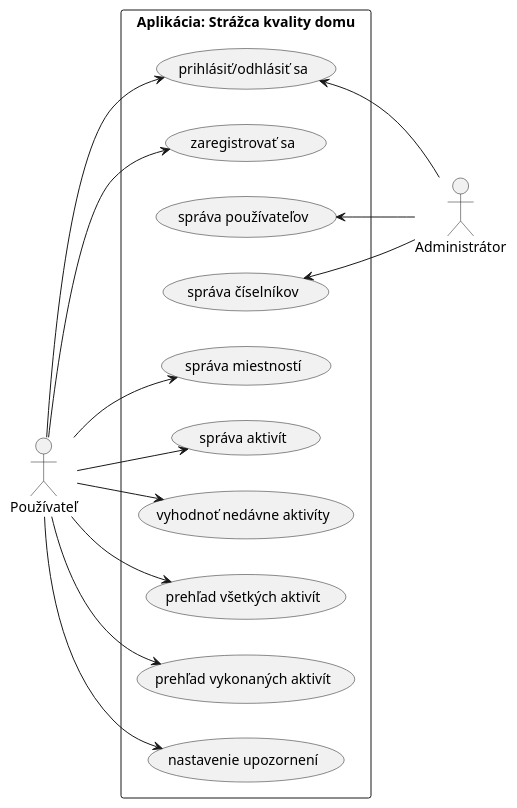
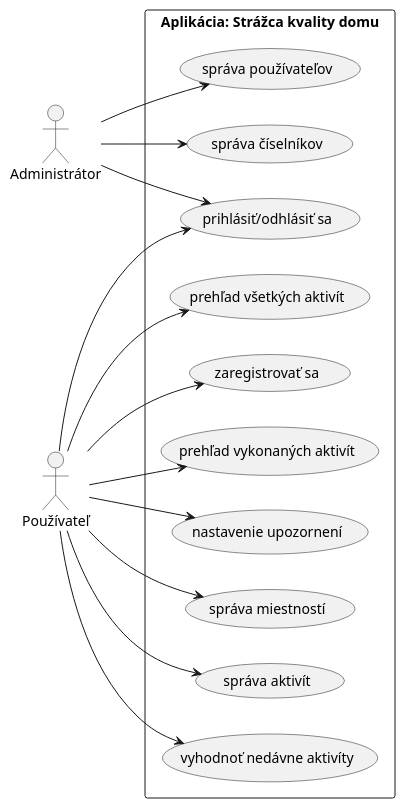
Before and after one commit to AntonKica/strazkvaldo: the first of 2 diagrams in docs/specification.md, drawn with PlantUML. The commit also changed other lines of this file and 1 other file, not shown here.

````diff
--- a/docs/specification.md
+++ b/docs/specification.md
@@ -42,38 +42,38 @@
 ```puml
 @startuml UC-Diagram
 left to right direction
 
 actor "Administrátor" as admin
 actor "Používateľ" as user
 
 rectangle "Aplikácia: Strážca kvality domu" as app {
     usecase "prihlásiť/odhlásiť sa" as ucLogin
     usecase "zaregistrovať sa" as ucSignin
 
     usecase "správa používateľov" as ucUserManagement
     usecase "správa číselníkov" as ucEnumManagement
 
     usecase "správa miestností" as ucRoomManagement
     usecase "správa aktivít" as ucActivityManagement
     usecase "prehľad najbližších aktivít" as ucUpcomingActivityList
     usecase "vyhodnoť nedávne aktivíty" as ucUpcomingActivityList
     usecase "prehľad všetkých aktivít" as ucActivityList
     usecase "prehľad vykonaných aktivít" as ucFinishedActivityList
     
     usecase "nastavenie upozornení" as ucNotificationSettings
 }
 
 user --> ucSignin
 user --> ucLogin
 user --> ucActivityManagement
 user --> ucRoomManagement
 user --> ucActivityList
 user --> ucUpcomingActivityList
 user --> ucFinishedActivityList
 user --> ucNotificationSettings
 
-ucLogin <-- admin
-ucUserManagement <-- admin
-ucEnumManagement <-- admin
+admin --> ucLogin
+admin --> ucUserManagement
+admin --> ucEnumManagement
 @enduml
 ```
````
